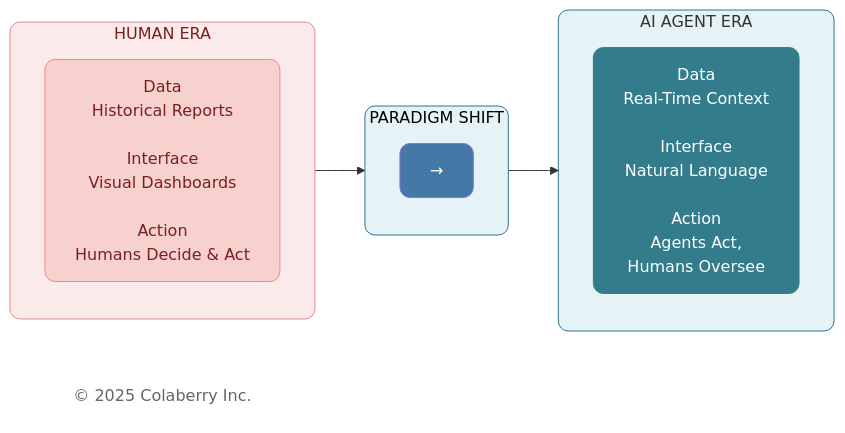
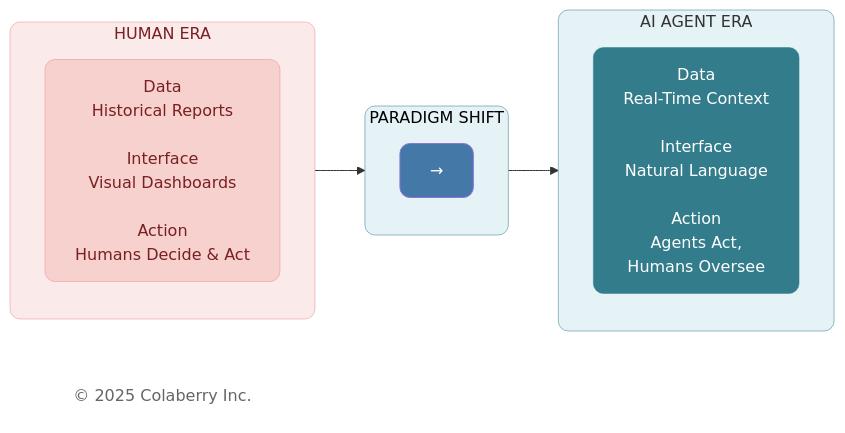
One commit to saitejesh-cyber/trust-before-intelligence-book changed the second of 4 diagrams in manuscript/01_chapter_0_trust_before_intelligence.md. Above: the diagram before and after it, drawn with Mermaid. The commit also changed other lines of this file and 12 other files, not shown here.

Commit message:
Update stroke width to 0.5px instead of 1px to all the diagrams

````diff
--- a/manuscript/01_chapter_0_trust_before_intelligence.md
+++ b/manuscript/01_chapter_0_trust_before_intelligence.md
@@ -123,31 +123,31 @@
 ```mermaid
 
 graph LR
     subgraph HumanEra["HUMAN ERA"]
         direction TB
         H1["Data<br/>Historical Reports<br/><br/>Interface<br/>Visual Dashboards<br/><br/>Action<br/>Humans Decide & Act"]
     end
     
     subgraph TRANSFORM["PARADIGM SHIFT"]
         direction TB
         T1["→"]
     end
     
     subgraph AgentEra["AI AGENT ERA"]
         direction TB
         A1["Data<br/>Real-Time Context<br/><br/>Interface<br/>Natural Language<br/><br/>Action<br/>Agents Act,<br/>Humans Oversee"]
     end
     
     Copyright["© 2025 Colaberry Inc."]
     
     HumanEra --> TRANSFORM --> AgentEra
     
-    style HumanEra fill:#FBEAEA,stroke:#EB898B,stroke-width:1px,color:#7A1F22, rx:10,ry:10
-    style H1 fill:#F6D1CE,stroke:#EB898B,stroke-width:1px,color:#7A1F22, rx:10,ry:10
-    style TRANSFORM fill:#E6F3F6,stroke:#32738C,stroke-width:1px,color:#000000, rx:10,ry:10
+    style HumanEra fill:#FBEAEA,stroke:#EB898B,stroke-width:0.5px,color:#7A1F22, rx:10,ry:10
+    style H1 fill:#F6D1CE,stroke:#EB898B,stroke-width:0.5px,color:#7A1F22, rx:10,ry:10
+    style TRANSFORM fill:#E6F3F6,stroke:#32738C,stroke-width:0.5px,color:#000000, rx:10,ry:10
     style T1 fill:#4478A6,stroke:##e4ebed,color:#ffffff, rx:10,ry:10
-    style AgentEra fill:#E6F3F6,stroke:#32738C,stroke-width:1px,color:#00323D rx:10,ry:10
-    style A1 fill:#327C8C,stroke:#30838C,stroke-width:1px,color:#ffffff, rx:10,ry:10
+    style AgentEra fill:#E6F3F6,stroke:#32738C,stroke-width:0.5px,color:#00323D rx:10,ry:10
+    style A1 fill:#327C8C,stroke:#30838C,stroke-width:0.5px,color:#ffffff, rx:10,ry:10
     style Copyright fill:none,stroke:none,color:#666666
 
 ```
````
